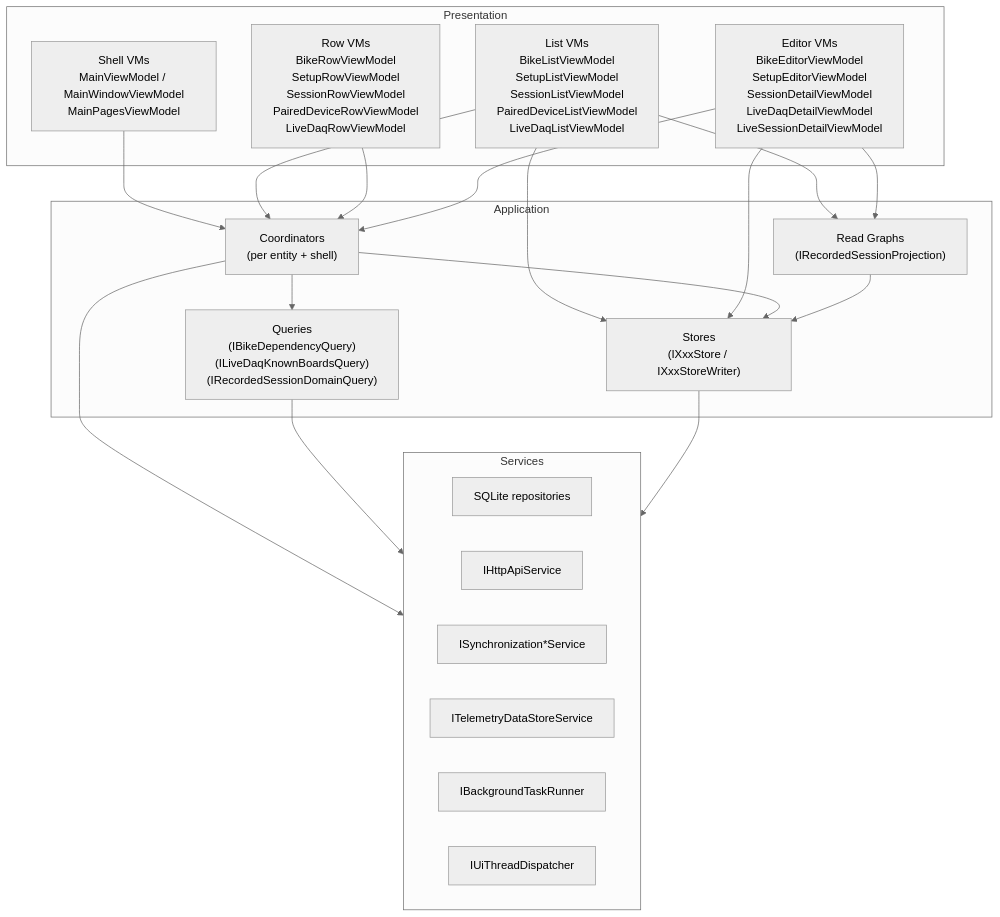
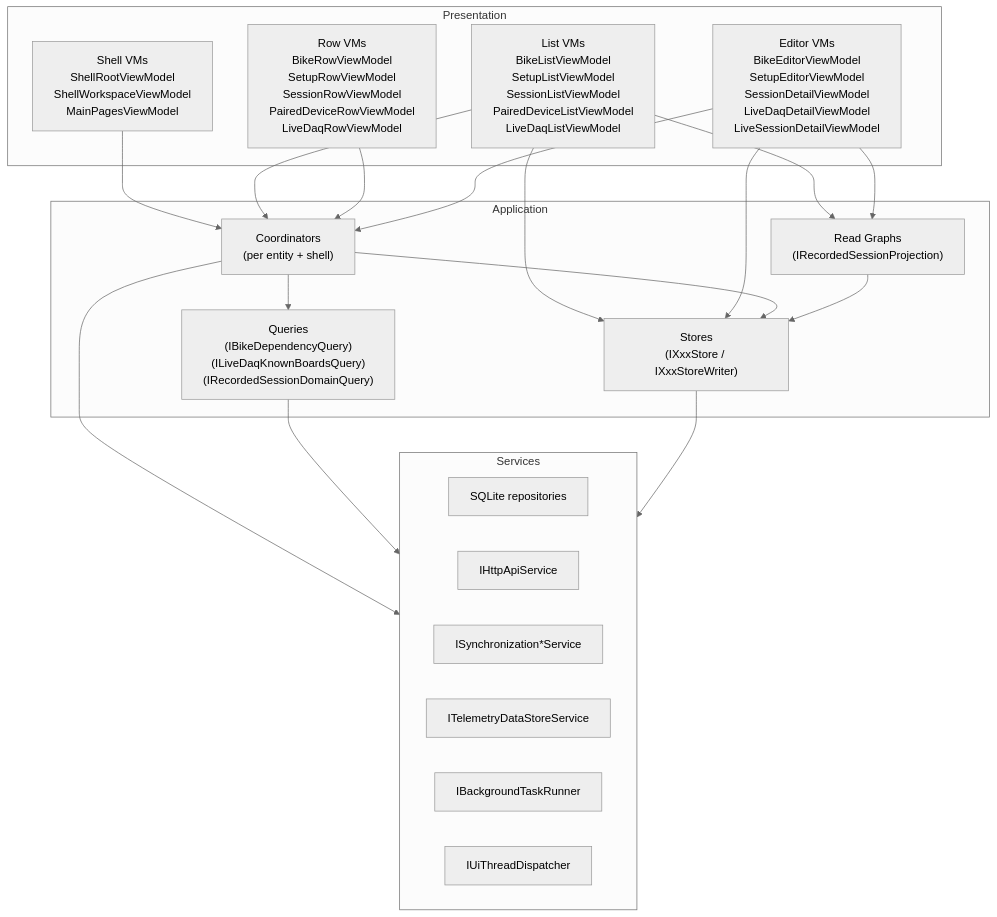
One commit to MoridinBG/Sufni.app changed the diagram in docs/architecture/ui.md. Above: the diagram before and after it, drawn with Mermaid (neutral theme). The commit also changed other lines of this file and 11 other files, not shown here.

Commit message:
Remove retired shell view models

````diff
--- a/docs/architecture/ui.md
+++ b/docs/architecture/ui.md
@@ -41,40 +49,40 @@
 ```mermaid
 graph TB
     subgraph Presentation["Presentation"]
-        Shell["Shell VMs<br/>MainViewModel / MainWindowViewModel<br/>MainPagesViewModel"]
+        Shell["Shell VMs<br/>ShellRootViewModel<br/>ShellWorkspaceViewModel<br/>MainPagesViewModel"]
         Lists["List VMs<br/>BikeListViewModel<br/>SetupListViewModel<br/>SessionListViewModel<br/>PairedDeviceListViewModel<br/>LiveDaqListViewModel"]
         Rows["Row VMs<br/>BikeRowViewModel<br/>SetupRowViewModel<br/>SessionRowViewModel<br/>PairedDeviceRowViewModel<br/>LiveDaqRowViewModel"]
         Editors["Editor VMs<br/>BikeEditorViewModel<br/>SetupEditorViewModel<br/>SessionDetailViewModel<br/>LiveDaqDetailViewModel<br/>LiveSessionDetailViewModel"]
     end
 
     subgraph Application["Application"]
         Coords["Coordinators<br/>(per entity + shell)"]
         Stores["Stores<br/>(IXxxStore / IXxxStoreWriter)"]
         Graphs["Read Graphs<br/>(IRecordedSessionProjection)"]
         Queries["Queries<br/>(IBikeDependencyQuery)<br/>(ILiveDaqKnownBoardsQuery)<br/>(IRecordedSessionDomainQuery)"]
     end
 
     subgraph Services["Services"]
         DBSvc["SQLite repositories"]
         HttpSvc["IHttpApiService"]
         SyncSvc["ISynchronization*Service"]
         DSSSvc["ITelemetryDataStoreService"]
         BgSvc["IBackgroundTaskRunner"]
         UiSvc["IUiThreadDispatcher"]
     end
 
     Shell --> Coords
     Lists --> Stores
     Lists --> Graphs
     Lists --> Coords
     Rows --> Coords
     Editors --> Coords
     Editors --> Stores
     Editors --> Graphs
     Coords --> Stores
     Coords --> Queries
     Coords --> Services
     Graphs --> Stores
     Queries --> Services
     Stores --> Services
 ```
````
